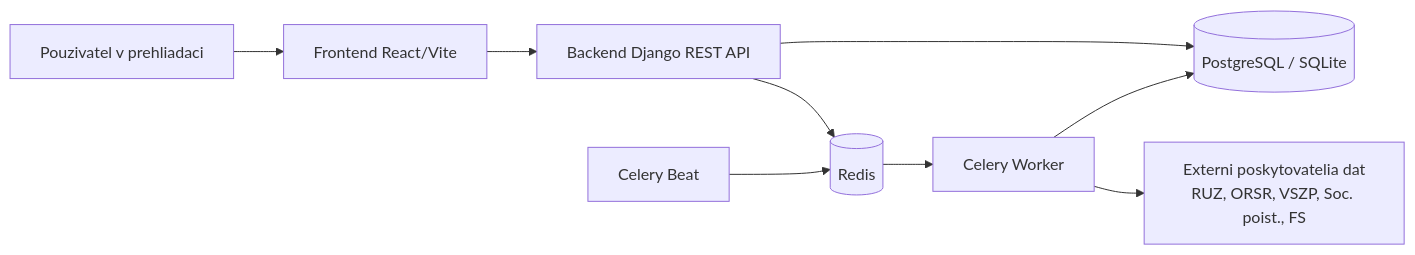
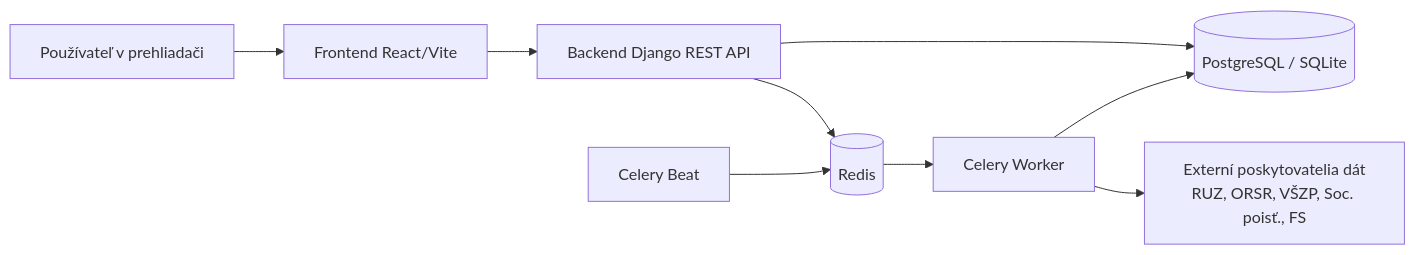
The diagram in README.md (xsugra/cistafirma.sk), drawn with Mermaid before and after one commit. The commit also changed other lines of this file and 36 other files, not shown here.

````diff
--- a/README.md
+++ b/README.md
@@ -18,11 +18,11 @@
 ```mermaid
 flowchart LR
-    U[Pouzivatel v prehliadaci] --> F[Frontend React/Vite]
+    U[Používateľ v prehliadači] --> F[Frontend React/Vite]
     F --> B[Backend Django REST API]
     B --> DB[(PostgreSQL / SQLite)]
     B --> R[(Redis)]
     R --> CW[Celery Worker]
     CB[Celery Beat] --> R
-    CW --> EX[Externi poskytovatelia dat\nRUZ, ORSR, VSZP, Soc. poist., FS]
+    CW --> EX[Externí poskytovatelia dát\nRUZ, ORSR, VŠZP, Soc. poisť., FS]
     CW --> DB
 ```
````
